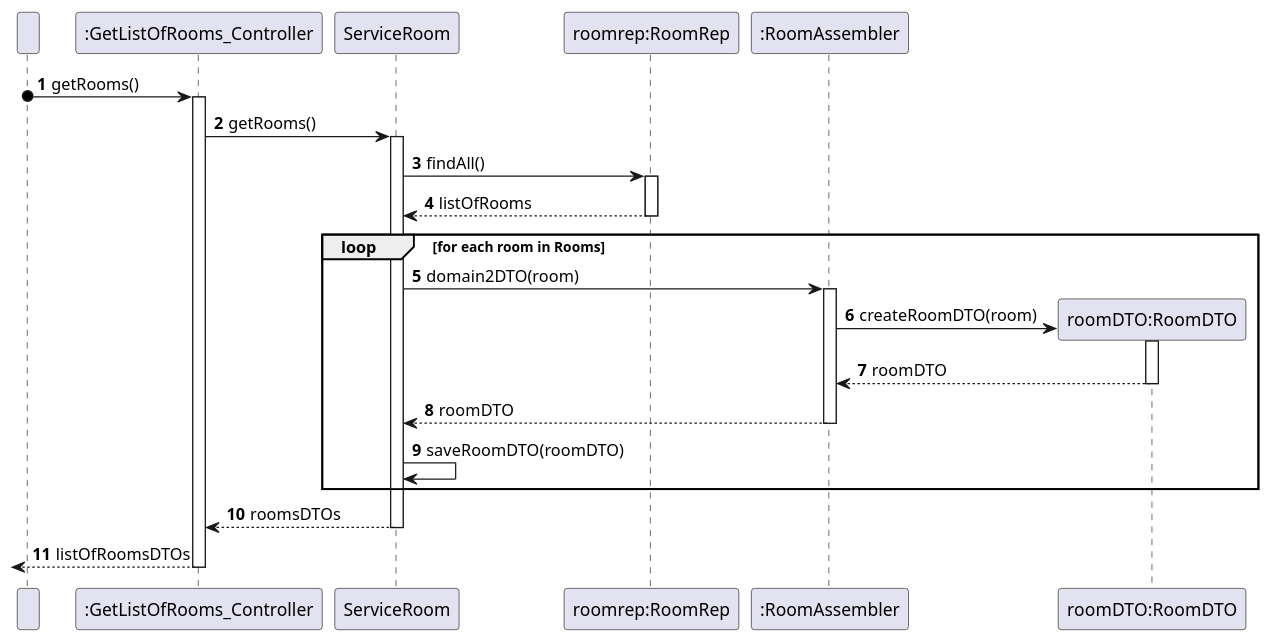
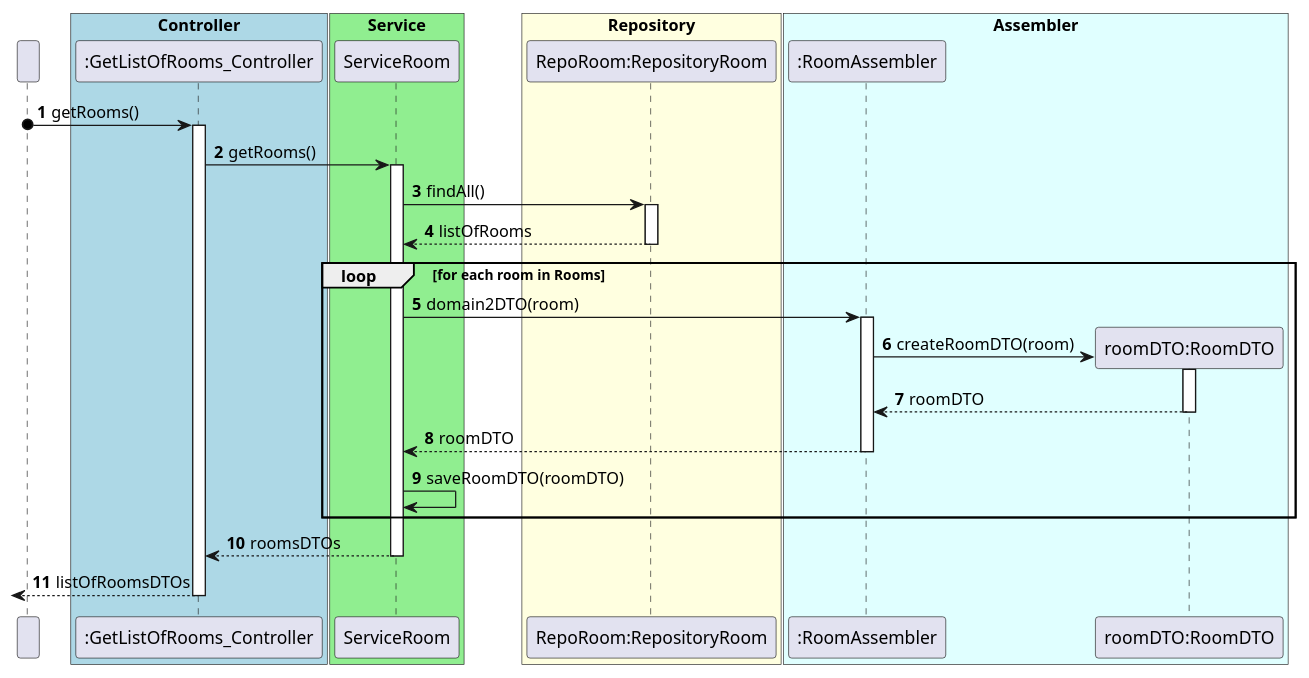
The diagram in docs/ood/sequenceDiagram/US03GetListOfRooms.puml (olivDiogo/SmartHome), drawn with PlantUML before and after one commit.

Commit message:
#88 Updated: US03 Sequence Diagram

```diff
--- a/docs/ood/sequenceDiagram/US03GetListOfRooms.puml
+++ b/docs/ood/sequenceDiagram/US03GetListOfRooms.puml
@@ -1,59 +1,69 @@
 @startuml
 'https://plantuml.com/sequence-diagram
+!pragma layout smetana
 
 participant " " as User
 
+box "Controller" #LightBlue
 participant ":GetListOfRooms_Controller" as GetListOfRooms_Controller
+end box
 
+box "Service" #LightGreen
 participant "ServiceRoom" as Service
+end box
 
-participant "roomrep:RoomRep" as RoomRep
+box "Repository" #LightYellow
+participant "RepoRoom:RepositoryRoom" as RepositoryRoom
+end box
+
+box "Assembler" #LightCyan
 
 participant ":RoomAssembler" as RoomAssembler
 
 participant "roomDTO:RoomDTO" as RoomDTO
 
+end box
 autonumber
 
 User o-> GetListOfRooms_Controller: getRooms()
 
 activate GetListOfRooms_Controller
 
 GetListOfRooms_Controller -> Service: getRooms()
 
 activate Service
 
-Service -> RoomRep: findAll()
+Service -> RepositoryRoom: findAll()
 
-activate RoomRep
+activate RepositoryRoom
 
-RoomRep --> Service: listOfRooms
+RepositoryRoom --> Service: listOfRooms
 
-deactivate RoomRep
+deactivate RepositoryRoom
 
 
 loop  for each room in Rooms
 
 Service -> RoomAssembler: domain2DTO(room)
 create RoomDTO
 activate RoomAssembler
 RoomAssembler -> RoomDTO: createRoomDTO(room)
 activate RoomDTO
 RoomDTO --> RoomAssembler: roomDTO
 deactivate RoomDTO
 RoomAssembler --> Service: roomDTO
 deactivate RoomAssembler
 Service -> Service: saveRoomDTO(roomDTO)
 
 end
 
 Service --> GetListOfRooms_Controller: roomsDTOs
 
 deactivate Service
 
 <-- GetListOfRooms_Controller :listOfRoomsDTOs
 
 deactivate GetListOfRooms_Controller
 
 
 @enduml
```
